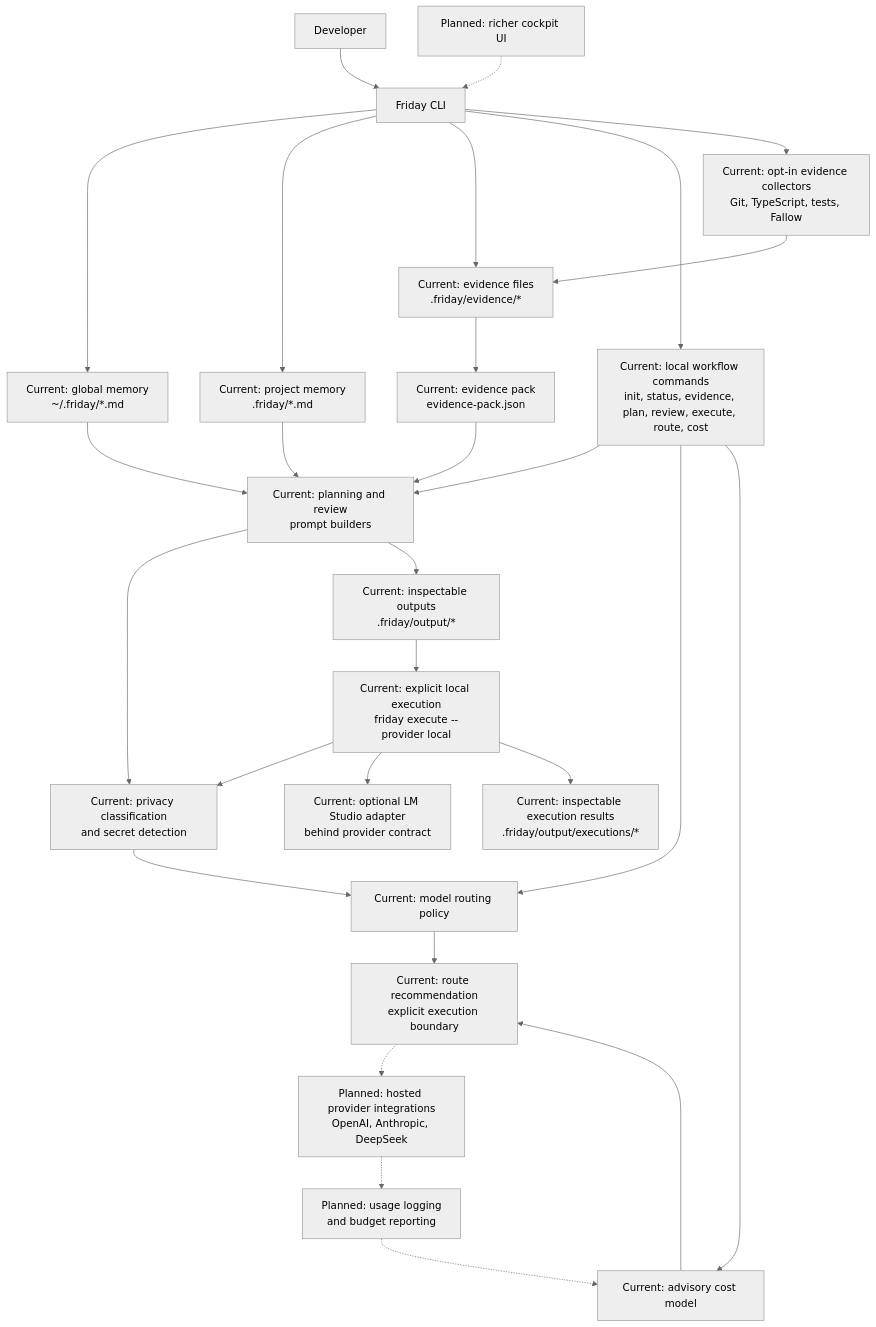
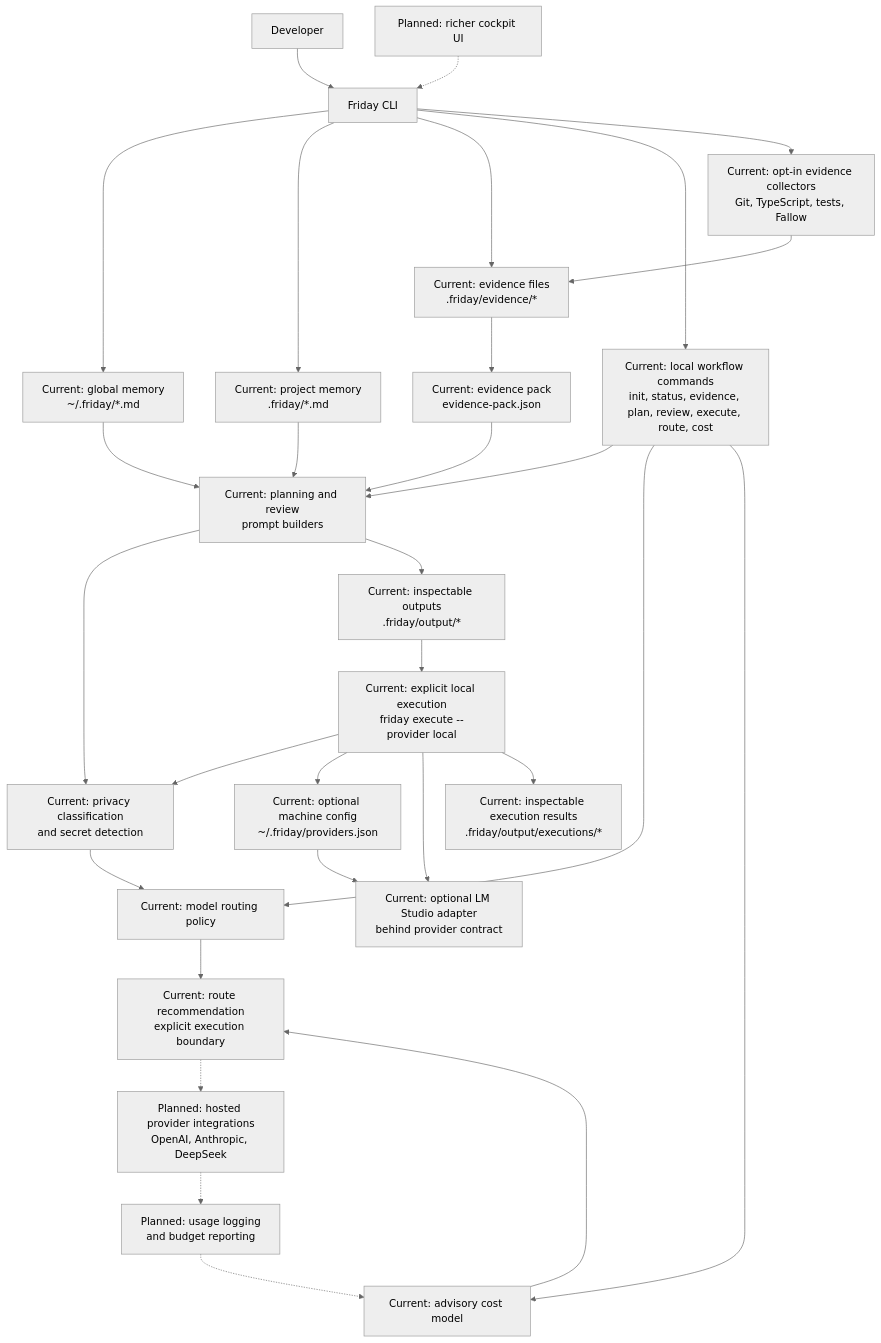
The diagram in docs/architecture.md (MikeBlakeway/friday), drawn with Mermaid (neutral theme) before and after one commit. The commit also changed other lines of this file and 10 other files, not shown here.

Commit message:
feat(FRI-043): add local provider discovery

````diff
--- a/docs/architecture.md
+++ b/docs/architecture.md
@@ -13,35 +13,37 @@
 ```mermaid
 flowchart TD
   Developer[Developer] --> CLI[Friday CLI]
 
   CLI --> CurrentGlobalMemory[Current: global memory<br/>~/.friday/*.md]
   CLI --> CurrentProjectMemory[Current: project memory<br/>.friday/*.md]
   CLI --> CurrentEvidence[Current: evidence files<br/>.friday/evidence/*]
   CLI --> CurrentCommands[Current: local workflow commands<br/>init, status, evidence, plan, review, execute, route, cost]
 
   CurrentGlobalMemory --> PromptBuilders[Current: planning and review<br/>prompt builders]
   CurrentProjectMemory --> PromptBuilders
   CurrentEvidence --> EvidencePack[Current: evidence pack<br/>evidence-pack.json]
   EvidencePack --> PromptBuilders
   CurrentCommands --> PromptBuilders
 
   PromptBuilders --> PrivacySafety[Current: privacy classification<br/>and secret detection]
   CurrentCommands --> RoutePolicy[Current: model routing policy]
   CurrentCommands --> CostModel[Current: advisory cost model]
 
   PrivacySafety --> RoutePolicy
   RoutePolicy --> Recommendation[Current: route recommendation<br/>explicit execution boundary]
   CostModel --> Recommendation
   PromptBuilders --> LocalOutputs[Current: inspectable outputs<br/>.friday/output/*]
   LocalOutputs --> ExecuteBoundary[Current: explicit local execution<br/>friday execute --provider local]
   ExecuteBoundary --> PrivacySafety
+  ExecuteBoundary --> GlobalProviderConfig[Current: optional machine config<br/>~/.friday/providers.json]
+  GlobalProviderConfig --> CurrentLocalProvider
   ExecuteBoundary --> CurrentLocalProvider[Current: optional LM Studio adapter<br/>behind provider contract]
   ExecuteBoundary --> ExecutionOutputs[Current: inspectable execution results<br/>.friday/output/executions/*]
 
   CLI --> CurrentCollectors[Current: opt-in evidence collectors<br/>Git, TypeScript, tests, Fallow]
   CurrentCollectors --> CurrentEvidence
   Recommendation -.-> PlannedProviders[Planned: hosted provider integrations<br/>OpenAI, Anthropic, DeepSeek]
   PlannedProviders -.-> PlannedUsage[Planned: usage logging<br/>and budget reporting]
   PlannedUsage -.-> CostModel
   PlannedCockpit[Planned: richer cockpit UI] -.-> CLI
 ```
````
